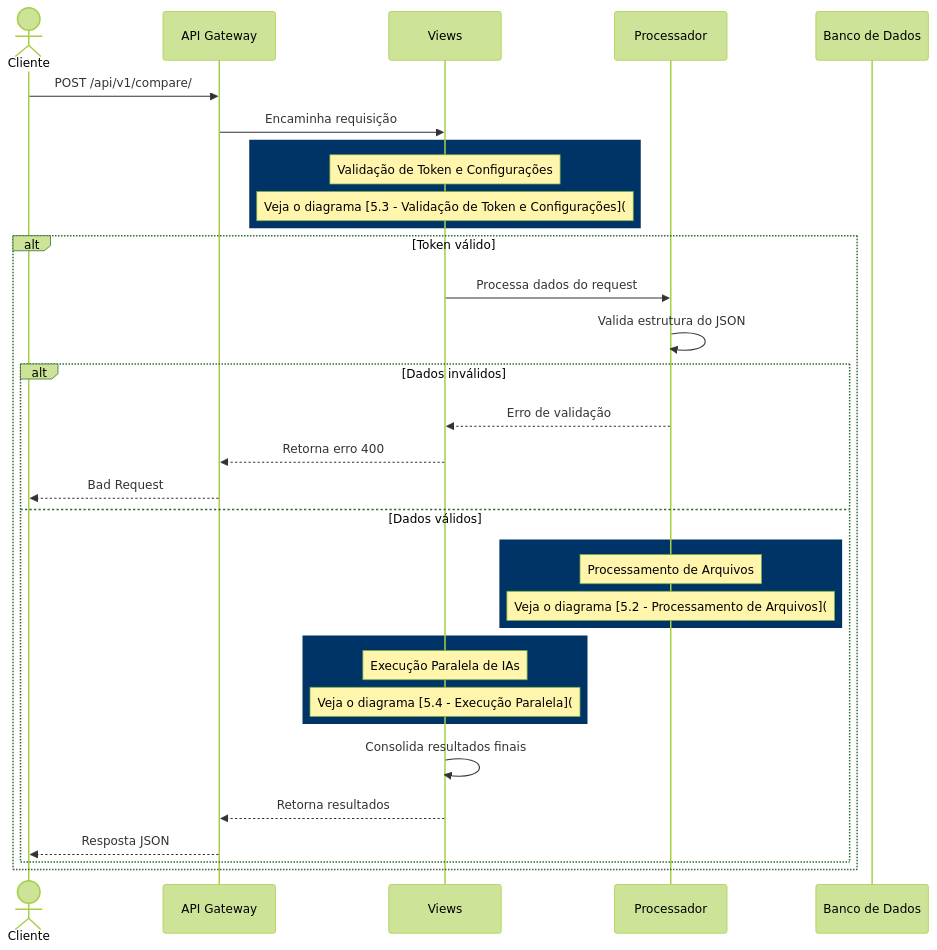
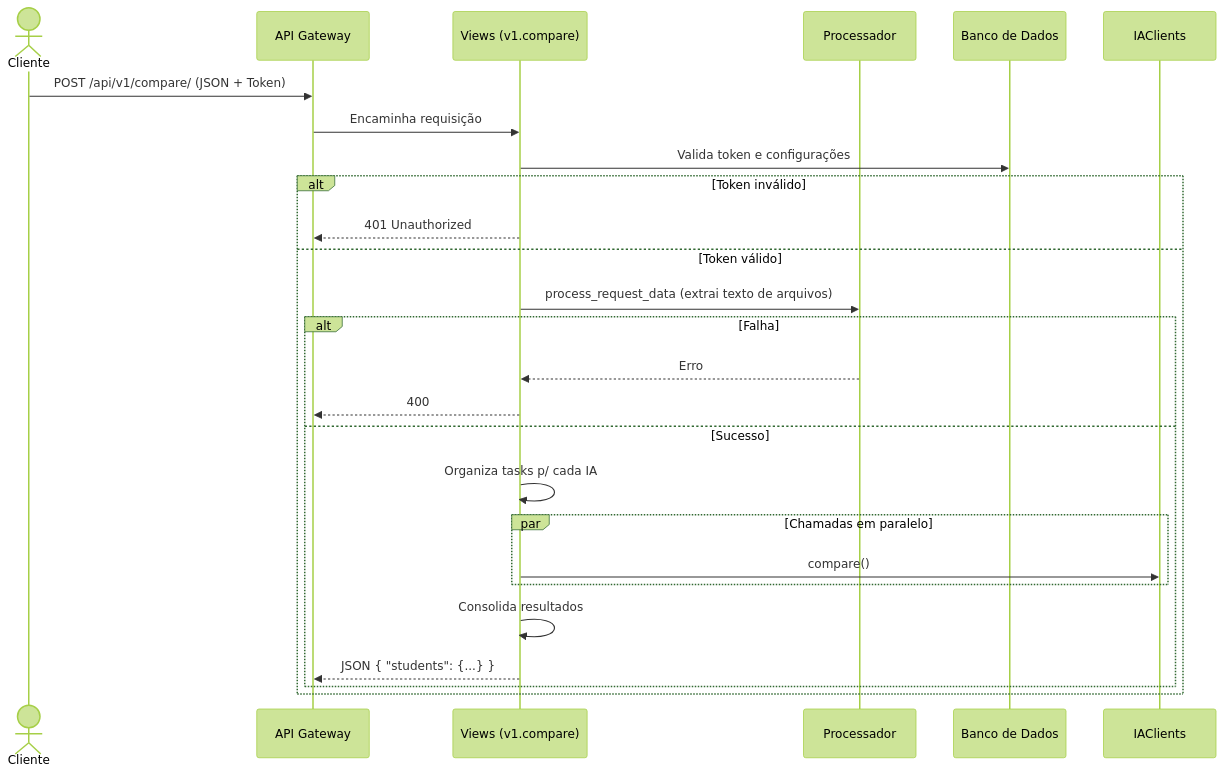
One commit to diegogrosmann/EnsinaNet.AI changed diagram 15 of 33 in README.md. Above: the diagram before and after it, drawn with Mermaid (forest theme). The commit also changed other lines of this file and 52 other files, not shown here.

Commit message:
Remove arquivos desnecessários e adiciona novos módulos; implementa sinais para a API e atualiza exceções personalizadas.

````diff
--- a/README.md
+++ b/README.md
@@ -940,41 +852,28 @@
 ```mermaid
 sequenceDiagram
     actor C as Cliente
     participant API as API Gateway
-    participant V as Views
+    participant V as Views (v1.compare)
     participant P as Processador
     participant DB as Banco de Dados
 
-    C->>API: POST /api/v1/compare/
+    C->>API: POST /api/v1/compare/ (JSON + Token)
     API->>V: Encaminha requisição
-    
-    rect rgb(0, 51, 102)
-        Note over V: Validação de Token e Configurações
-        Note over V: Veja o diagrama [5.3 - Validação de Token e Configurações](#validação-de-token-e-configurações)
-    end
-    
-    alt Token válido
-        V->>P: Processa dados do request
-        P->>P: Valida estrutura do JSON
-        
-        alt Dados inválidos
-            P-->>V: Erro de validação
-            V-->>API: Retorna erro 400
-            API-->>C: Bad Request
-        else Dados válidos
-            rect rgb(0, 51, 102)
-                Note over P: Processamento de Arquivos
-                Note over P: Veja o diagrama [5.2 - Processamento de Arquivos](#processamento-de-arquivos)
+    V->>DB: Valida token e configurações
+    alt Token inválido
+        V-->>API: 401 Unauthorized
+    else Token válido
+        V->>P: process_request_data (extrai texto de arquivos)
+        alt Falha
+            P-->>V: Erro
+            V-->>API: 400
+        else Sucesso
+            V->>V: Organiza tasks p/ cada IA
+            par Chamadas em paralelo
+                V->>IAClients: compare()
             end
-            
-            rect rgb(0, 51, 102)
-                Note over V: Execução Paralela de IAs
-                Note over V: Veja o diagrama [5.4 - Execução Paralela](#execução-paralela-de-múltiplas-ias)
-            end
-            
-            V->>V: Consolida resultados finais
-            V-->>API: Retorna resultados
-            API-->>C: Resposta JSON
+            V->>V: Consolida resultados
+            V-->>API: JSON { "students": {...} }
         end
     end
 ```
````
